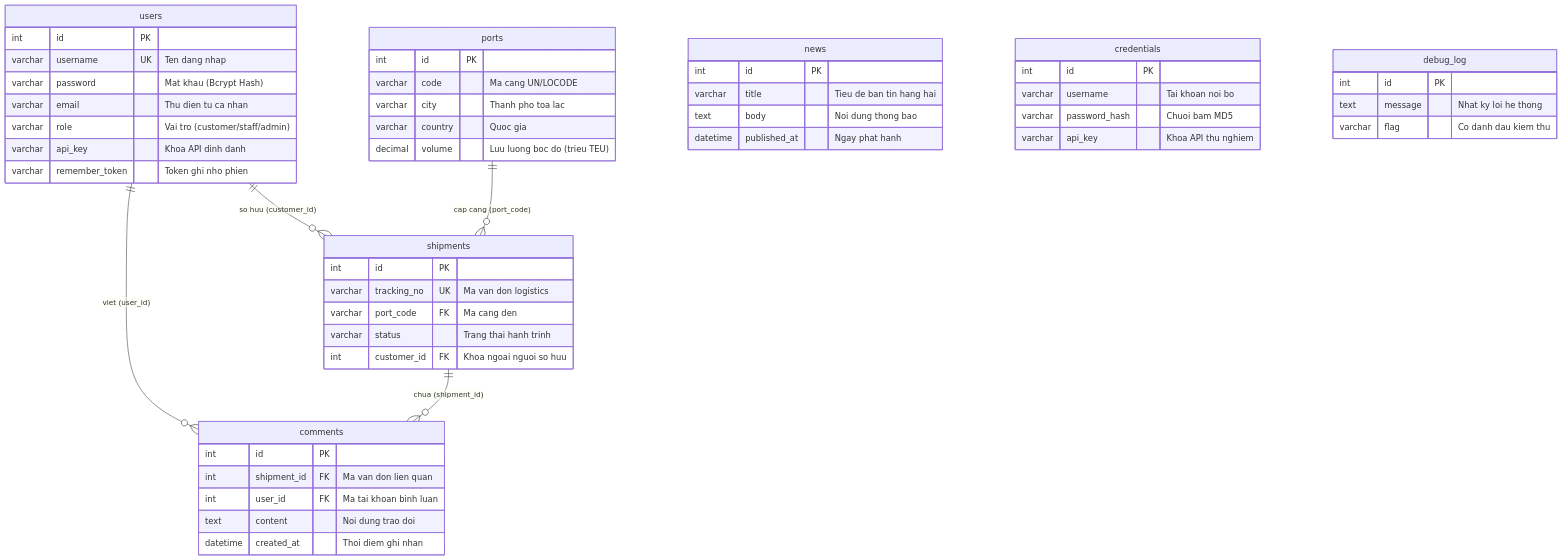
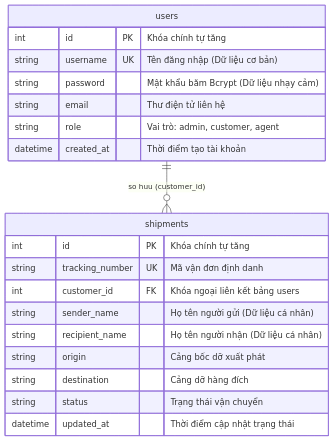
One commit to wtfwhoyouare/PTIT-DevOps-SonarQube changed the second of 4 diagrams in docs/05-Báo cáo bài tập lớn DevSecOps.md. Above: the diagram before and after it, drawn with Mermaid. The commit also changed other lines of this file and 1 other file, not shown here.

Commit message:
docs(report): streamline Chapter 5 and condense report body to <= 30 pages

````diff
--- a/docs/05-Báo cáo bài tập lớn DevSecOps.md
+++ b/docs/05-Báo cáo bài tập lớn DevSecOps.md
@@ -381,61 +231,23 @@
 ```mermaid
 erDiagram
     users ||--o{ shipments : "so huu (customer_id)"
-    users ||--o{ comments : "viet (user_id)"
-    shipments ||--o{ comments : "chua (shipment_id)"
-    ports ||--o{ shipments : "cap cang (port_code)"
-
     users {
-        int id PK
-        varchar username UK "Ten dang nhap"
-        varchar password "Mat khau (Bcrypt Hash)"
-        varchar email "Thu dien tu ca nhan"
-        varchar role "Vai tro (customer/staff/admin)"
-        varchar api_key "Khoa API dinh danh"
-        varchar remember_token "Token ghi nho phien"
+        int id PK "Khóa chính tự tăng"
+        string username UK "Tên đăng nhập (Dữ liệu cơ bản)"
+        string password "Mật khẩu băm Bcrypt (Dữ liệu nhạy cảm)"
+        string email "Thư điện tử liên hệ"
+        string role "Vai trò: admin, customer, agent"
+        datetime created_at "Thời điểm tạo tài khoản"
     }
-
     shipments {
-        int id PK
-        varchar tracking_no UK "Ma van don logistics"
-        varchar port_code FK "Ma cang den"
-        varchar status "Trang thai hanh trinh"
-        int customer_id FK "Khoa ngoai nguoi so huu"
-    }
-
-    ports {
-        int id PK
-        varchar code "Ma cang UN/LOCODE"
-        varchar city "Thanh pho toa lac"
-        varchar country "Quoc gia"
-        decimal volume "Luu luong boc do (trieu TEU)"
-    }
-
-    comments {
-        int id PK
-        int shipment_id FK "Ma van don lien quan"
-        int user_id FK "Ma tai khoan binh luan"
-        text content "Noi dung trao doi"
-        datetime created_at "Thoi diem ghi nhan"
-    }
-
-    news {
-        int id PK
-        varchar title "Tieu de ban tin hang hai"
-        text body "Noi dung thong bao"
-        datetime published_at "Ngay phat hanh"
-    }
-
-    credentials {
-        int id PK
-        varchar username "Tai khoan noi bo"
-        varchar password_hash "Chuoi bam MD5"
-        varchar api_key "Khoa API thu nghiem"
-    }
-
-    debug_log {
-        int id PK
-        text message "Nhat ky loi he thong"
-        varchar flag "Co danh dau kiem thu"
+        int id PK "Khóa chính tự tăng"
+        string tracking_number UK "Mã vận đơn định danh"
+        int customer_id FK "Khóa ngoại liên kết bảng users"
+        string sender_name "Họ tên người gửi (Dữ liệu cá nhân)"
+        string recipient_name "Họ tên người nhận (Dữ liệu cá nhân)"
+        string origin "Cảng bốc dỡ xuất phát"
+        string destination "Cảng dỡ hàng đích"
+        string status "Trạng thái vận chuyển"
+        datetime updated_at "Thời điểm cập nhật trạng thái"
     }
 ```
````
